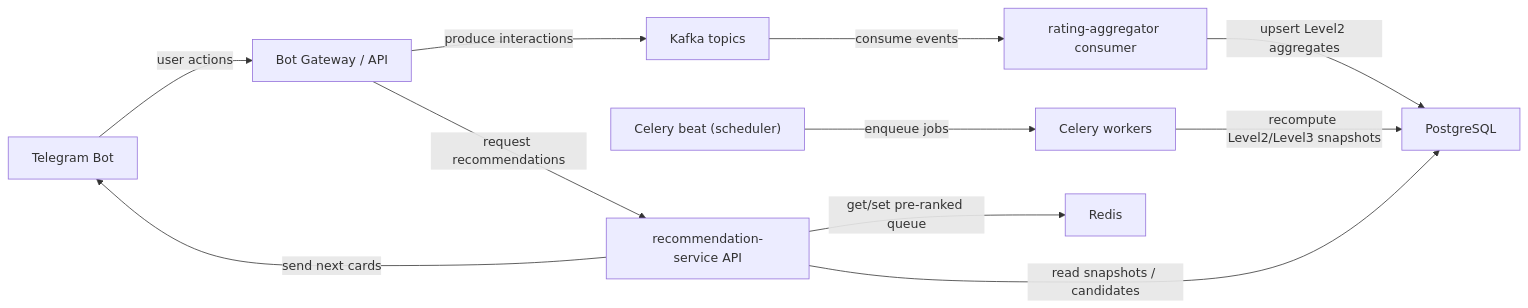
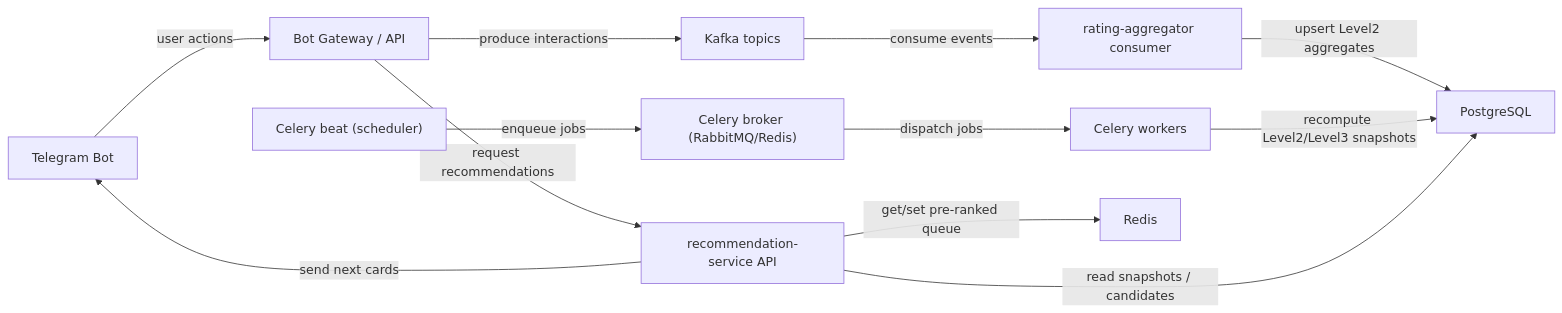
Before and after one commit to D4non/K0709-23-3-Pisarev: the diagram in README.md, drawn with Mermaid. The commit also changed other lines of this file, not shown here.

Commit message:
Change schema

````diff
--- a/README.md
+++ b/README.md
@@ -52,15 +52,16 @@
 ```mermaid
 flowchart LR
   TgBot["Telegram Bot"] -->|user actions| BotGateway["Bot Gateway / API"]
   BotGateway -->|produce interactions| Kafka["Kafka topics"]
   Kafka -->|consume events| RatingConsumer["rating-aggregator consumer"]
 
   RatingConsumer -->|upsert Level2 aggregates| Postgres["PostgreSQL"]
-  CeleryBeat["Celery beat (scheduler)"] -->|enqueue jobs| CeleryWorkers["Celery workers"]
+  CeleryBroker["Celery broker (RabbitMQ/Redis)"] -->|dispatch jobs| CeleryWorkers["Celery workers"]
+  CeleryBeat["Celery beat (scheduler)"] -->|enqueue jobs| CeleryBroker
   CeleryWorkers -->|recompute Level2/Level3 snapshots| Postgres
 
   BotGateway -->|request recommendations| RecoAPI["recommendation-service API"]
   RecoAPI -->|read snapshots / candidates| Postgres
   RecoAPI -->|get/set pre-ranked queue| Redis["Redis"]
   RecoAPI -->|send next cards| TgBot
 ```
````
